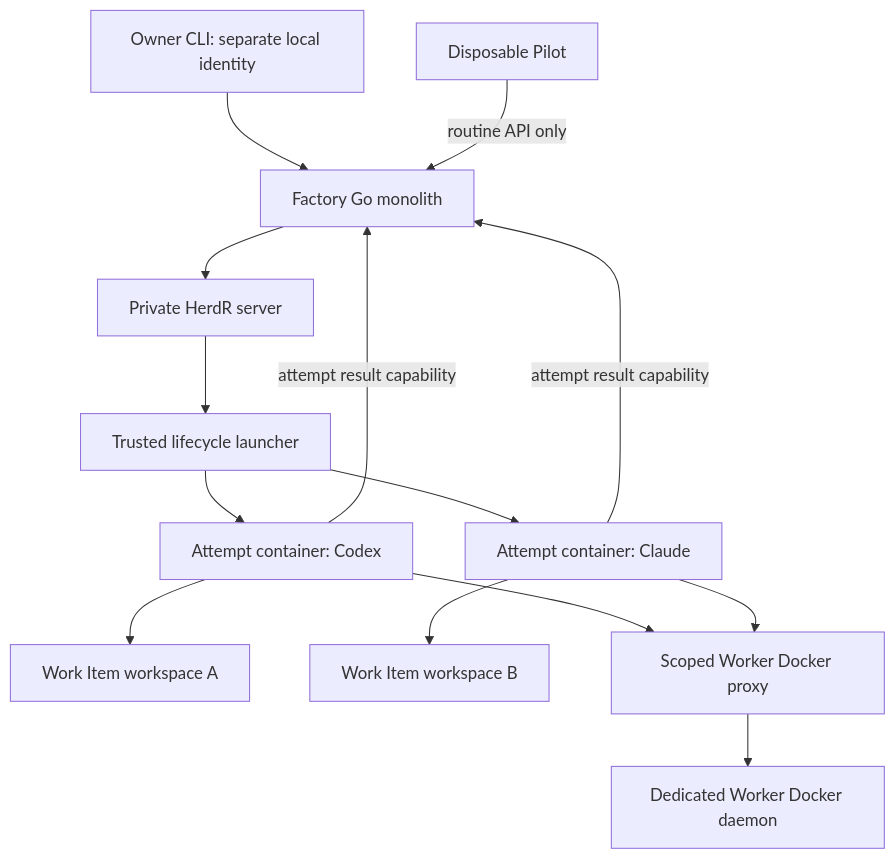
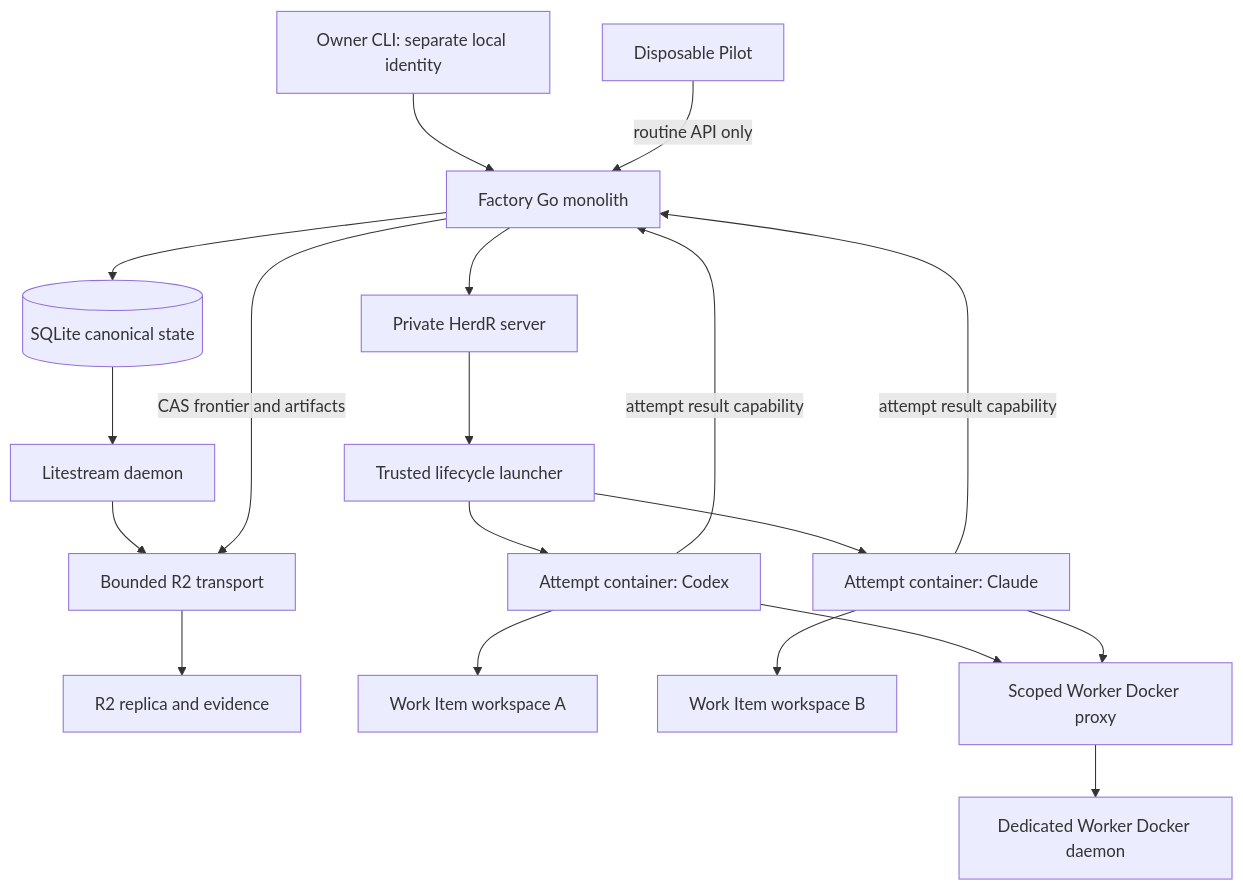
The fourth of 4 diagrams in docs/explanation/architecture.md (blac9216/PriFly), drawn with Mermaid before and after one commit. The commit also changed other lines of this file and 16 other files, not shown here.

````diff
--- a/docs/explanation/architecture.md
+++ b/docs/explanation/architecture.md
@@ -133,16 +133,21 @@
 ```mermaid
 flowchart TB
   Owner[Owner CLI: separate local identity] --> API[Factory Go monolith]
   Pilot[Disposable Pilot] -->|routine API only| API
+  API --> DB[(SQLite canonical state)]
+  DB --> LS[Litestream daemon]
+  LS --> SG[Bounded R2 transport]
+  SG --> R2[R2 replica and evidence]
+  API -->|CAS frontier and artifacts| SG
   API --> HR[Private HerdR server]
   HR --> LA[Trusted lifecycle launcher]
   LA --> W1[Attempt container: Codex]
   LA --> W2[Attempt container: Claude]
   W1 --> WS1[Work Item workspace A]
   W2 --> WS2[Work Item workspace B]
   W1 --> DP[Scoped Worker Docker proxy]
   W2 --> DP
   DP --> WD[Dedicated Worker Docker daemon]
   W1 -->|attempt result capability| API
   W2 -->|attempt result capability| API
 ```
````
